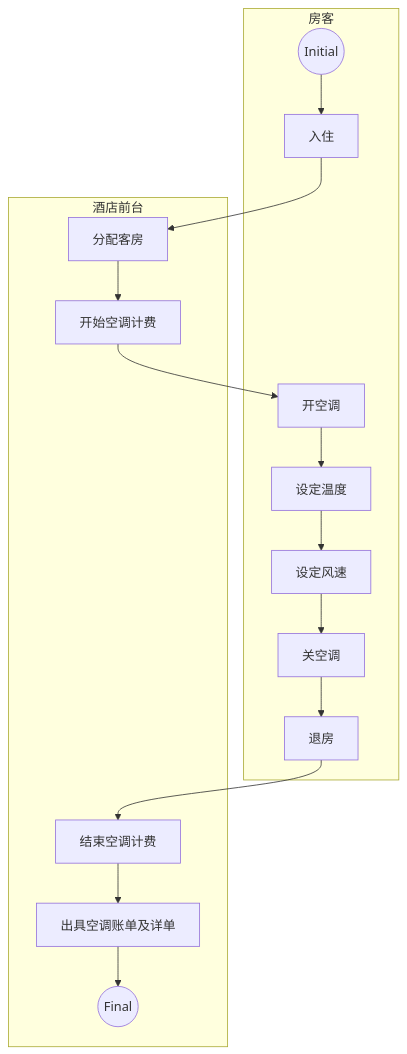
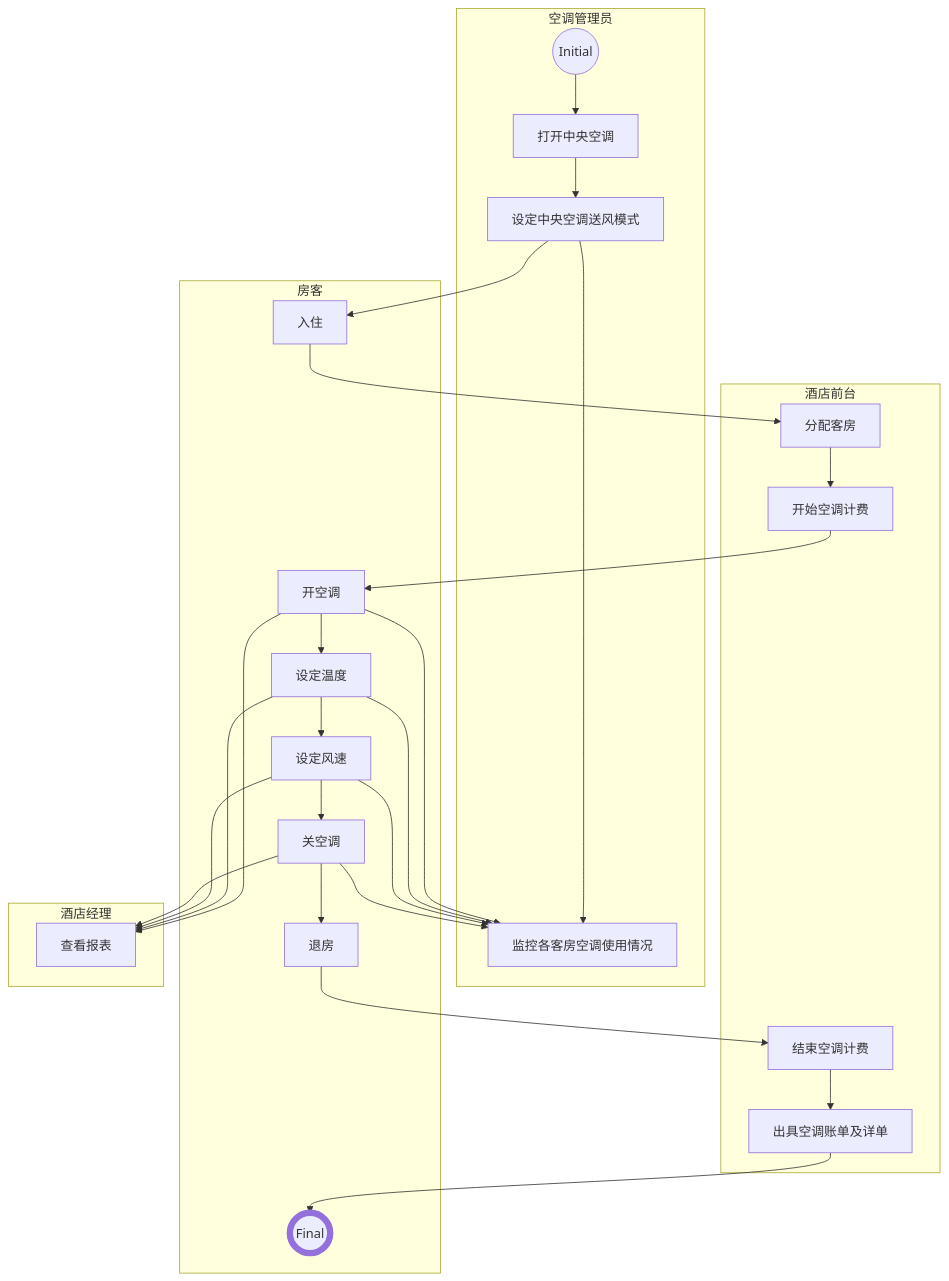
Before and after one commit to SimonGH0STRiley/AirConditioningManagementSystem: the second of 2 diagrams in 分布式温控系统的需求定义及其领域模型.md, drawn with Mermaid. The commit also changed other lines of this file, not shown here.

Commit message:
modified:   "\345\210\206\345\270\203\345\274\217\346\270\251\346\216\247\347\263\273\347\273\237\347\232\204\351\234\200\346\261\202\345\256\232\344\271\211\345\217\212\345\205\266\351\242\206\345\237\237\346\250\241\345\236\213.md"

````diff
--- a/分布式温控系统的需求定义及其领域模型.md
+++ b/分布式温控系统的需求定义及其领域模型.md
@@ -130,20 +130,41 @@
 ```mermaid
 graph TB
 	
     A0-->B0
     B1-->A1
     A5-->B2
+    C0-->A0
+    A1-->C1
+    A2-->C1
+    A3-->C1
+    A4-->C1
+    A1-->D0
+    A2-->D0
+    A3-->D0
+    A4-->D0
+    B3-->FinalState
+    subgraph 空调管理员
+    	InitialState((Initial))-->C[打开中央空调]
+    	C-->C0[设定中央空调送风模式]
+    	C0-->C1[监控各客房空调使用情况]
+    end
+    
     subgraph 房客
-    	InitialState((Initial))-->A0[入住]
+    	A0[入住]
     	A1[开空调]-->A2[设定温度]
     	A2-->A3[设定风速]
     	A3-->A4[关空调]
     	A4-->A5[退房]
+    	FinalState((Final))
+    	style FinalState stroke-width:4px, stroke-width:8px
     end 
     
     subgraph 酒店前台
     	B0[分配客房]-->B1[开始空调计费]
-    	B2[结束空调计费]-->B3[出具空调账单及详单]
-    	B3-->FinalState((Final))
+    	B2[结束空调计费]-->B3[出具空调账单及详单] 
+    end
+    
+    subgraph 酒店经理
+    	D0[查看报表]
     end
 ```
````
